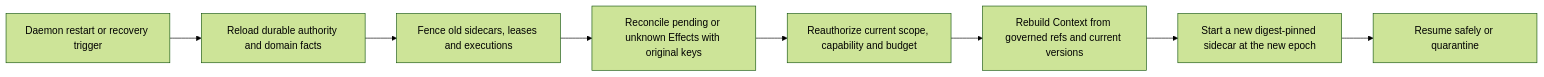
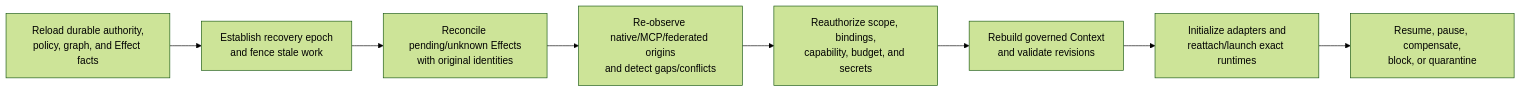
Before and after one commit to agentkernel/cognitive-os: the second of 2 diagrams in personal/docs/architecture/authority-data-and-recovery.md, drawn with Mermaid (forest theme). The commit also changed other lines of this file and 123 other files, not shown here.

````diff
--- a/personal/docs/architecture/authority-data-and-recovery.md
+++ b/personal/docs/architecture/authority-data-and-recovery.md
@@ -168,10 +265,13 @@
 ```mermaid
 flowchart LR
-  restart["Daemon restart or recovery trigger"] --> reload["Reload durable authority and domain facts"]
-  reload --> fence["Fence old sidecars, leases and executions"]
-  fence --> reconcile["Reconcile pending or unknown Effects with original keys"]
-  reconcile --> reauthorize["Reauthorize current scope, capability and budget"]
-  reauthorize --> rebuildContext["Rebuild Context from governed refs and current versions"]
-  rebuildContext --> restartSidecar["Start a new digest-pinned sidecar at the new epoch"]
-  restartSidecar --> decide["Resume safely or quarantine"]
+  reload["Reload durable authority,\npolicy, graph, and Effect facts"]
+  fence["Establish recovery epoch\nand fence stale work"]
+  reconcile["Reconcile pending/unknown Effects\nwith original identities"]
+  origins["Re-observe native/MCP/federated origins\nand detect gaps/conflicts"]
+  auth["Reauthorize scope, bindings,\ncapability, budget, and secrets"]
+  context["Rebuild governed Context\nand validate revisions"]
+  attach["Initialize adapters and\nreattach/launch exact runtimes"]
+  decide["Resume, pause, compensate,\nblock, or quarantine"]
+
+  reload --> fence --> reconcile --> origins --> auth --> context --> attach --> decide
 ```
````
